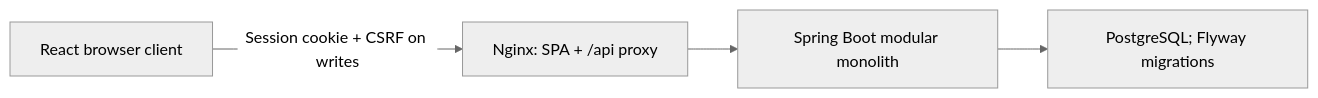
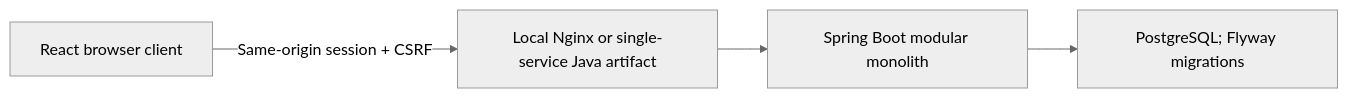
The diagram in data/readmes/PantelisZara__Issunexa.md (zqf20096327/dbhub_collect), drawn with Mermaid (neutral theme) before and after one commit. The commit also changed other lines of this file and 816 other files, not shown here.

````diff
--- a/data/readmes/PantelisZara__Issunexa.md
+++ b/data/readmes/PantelisZara__Issunexa.md
@@ -52,6 +57,6 @@
 ```mermaid
 flowchart LR
-    Browser["React browser client"] -->|"Session cookie + CSRF on writes"| Nginx["Nginx: SPA + /api proxy"]
-    Nginx --> Backend["Spring Boot modular monolith"]
+    Browser["React browser client"] -->|"Same-origin session + CSRF"| Entry["Local Nginx or single-service Java artifact"]
+    Entry --> Backend["Spring Boot modular monolith"]
     Backend --> Database["PostgreSQL; Flyway migrations"]
 ```
````
